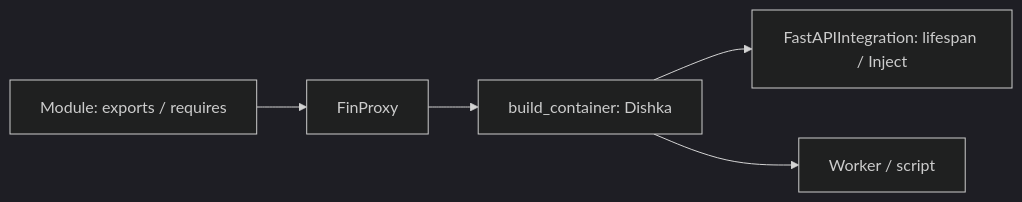
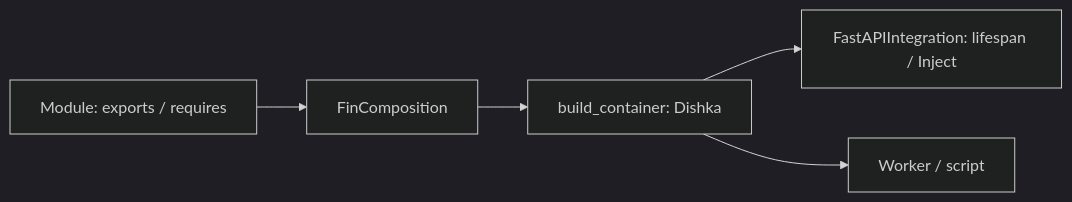
Before and after one commit to slime21023/fastapi-fin: the diagram in README.md, drawn with Mermaid (dark theme). The commit also changed other lines of this file and 35 other files, not shown here.

First line of the commit message:
refactor!: rename FinProxy to FinComposition and the fin variable to composition

````diff
--- a/README.md
+++ b/README.md
@@ -62,7 +62,7 @@
 ```mermaid
 flowchart LR
-    Module["Module: exports / requires"] --> FinProxy["FinProxy"]
-    FinProxy --> Build["build_container: Dishka"]
+    Module["Module: exports / requires"] --> FinComposition["FinComposition"]
+    FinComposition --> Build["build_container: Dishka"]
     Build --> Adapter["FastAPIIntegration: lifespan / Inject"]
     Build --> Worker["Worker / script"]
 ```
````
